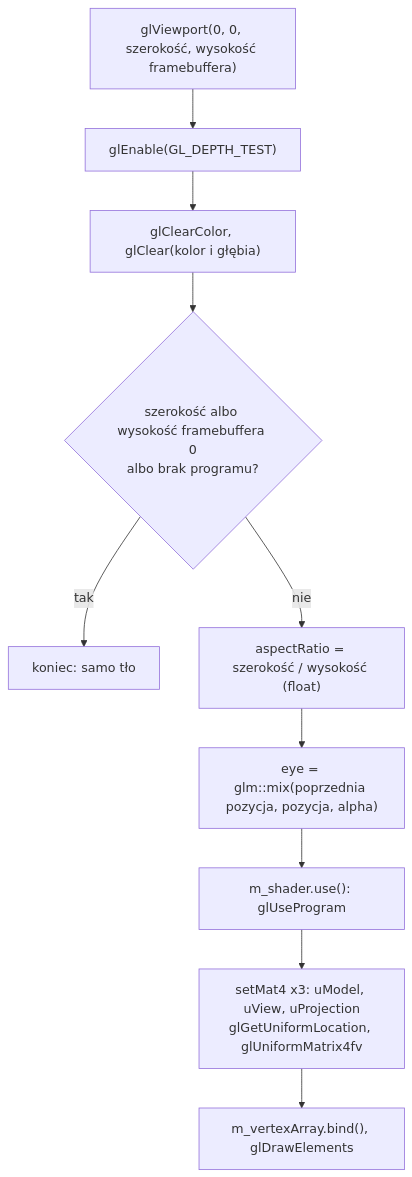
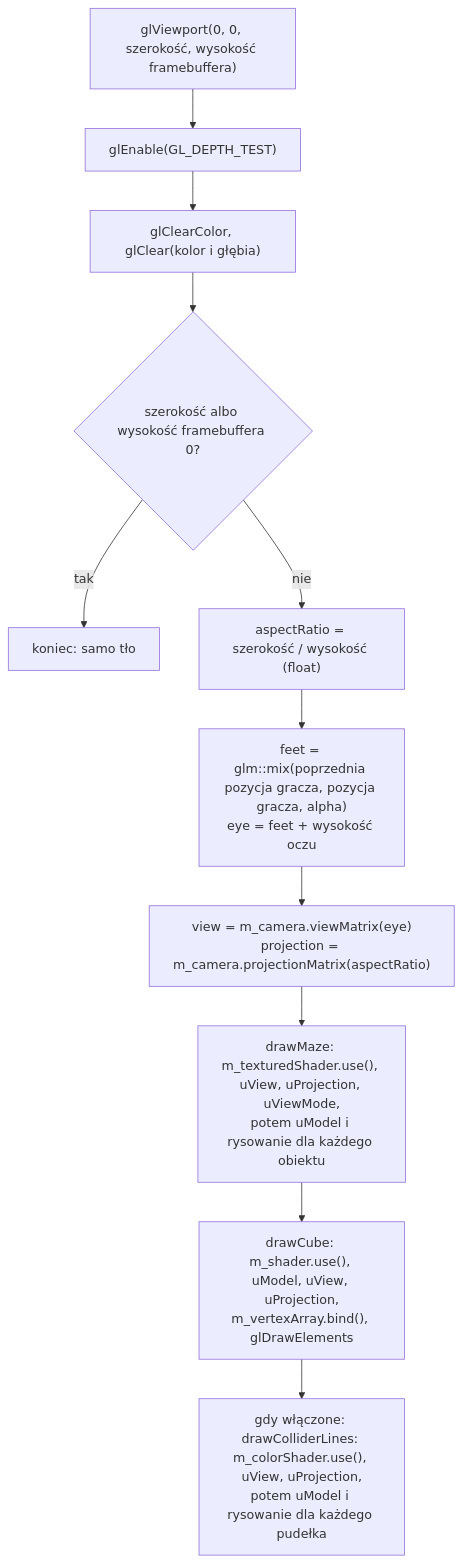
The diagram in docs/modules/scene/camera.md (Shironex/night-maze), drawn with Mermaid before and after one commit. The commit also changed other lines of this file and 41 other files, not shown here.

First line of the commit message:
feat(game): draw the textured maze and walk through it

````diff
--- a/docs/modules/scene/camera.md
+++ b/docs/modules/scene/camera.md
@@ -249,12 +251,13 @@
 ```mermaid
 flowchart TD
     A["glViewport(0, 0, szerokość, wysokość framebuffera)"] --> B["glEnable(GL_DEPTH_TEST)"]
     B --> C["glClearColor, glClear(kolor i głębia)"]
-    C --> D{"szerokość albo wysokość framebuffera 0<br/>albo brak programu?"}
+    C --> D{"szerokość albo wysokość framebuffera 0?"}
     D -- tak --> End["koniec: samo tło"]
     D -- nie --> E["aspectRatio = szerokość / wysokość (float)"]
-    E --> X["eye = glm::mix(poprzednia pozycja, pozycja, alpha)"]
-    X --> F["m_shader.use(): glUseProgram"]
-    F --> G["setMat4 x3: uModel, uView, uProjection<br/>glGetUniformLocation, glUniformMatrix4fv"]
-    G --> H["m_vertexArray.bind(), glDrawElements"]
+    E --> X["feet = glm::mix(poprzednia pozycja gracza, pozycja gracza, alpha)<br/>eye = feet + wysokość oczu"]
+    X --> V["view = m_camera.viewMatrix(eye)<br/>projection = m_camera.projectionMatrix(aspectRatio)"]
+    V --> M["drawMaze: m_texturedShader.use(), uView, uProjection, uViewMode,<br/>potem uModel i rysowanie dla każdego obiektu"]
+    M --> F["drawCube: m_shader.use(), uModel, uView, uProjection,<br/>m_vertexArray.bind(), glDrawElements"]
+    F --> L["gdy włączone: drawColliderLines: m_colorShader.use(), uView, uProjection,<br/>potem uModel i rysowanie dla każdego pudełka"]
 ```
````
